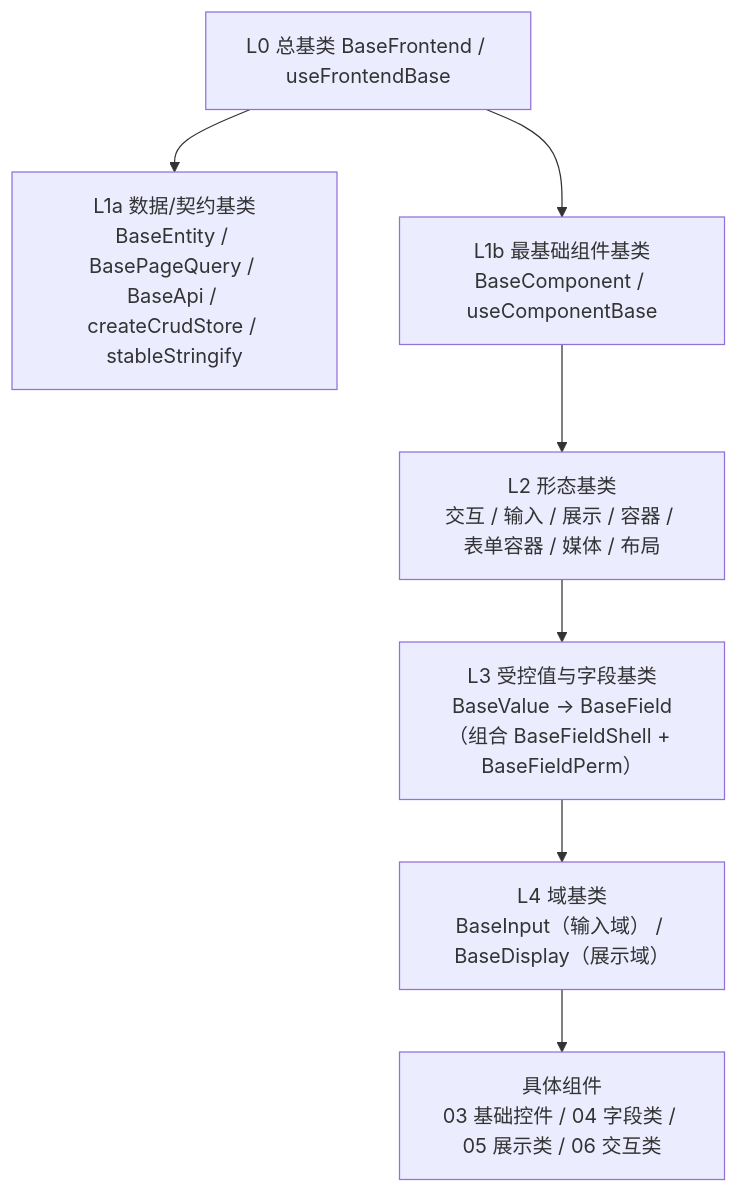
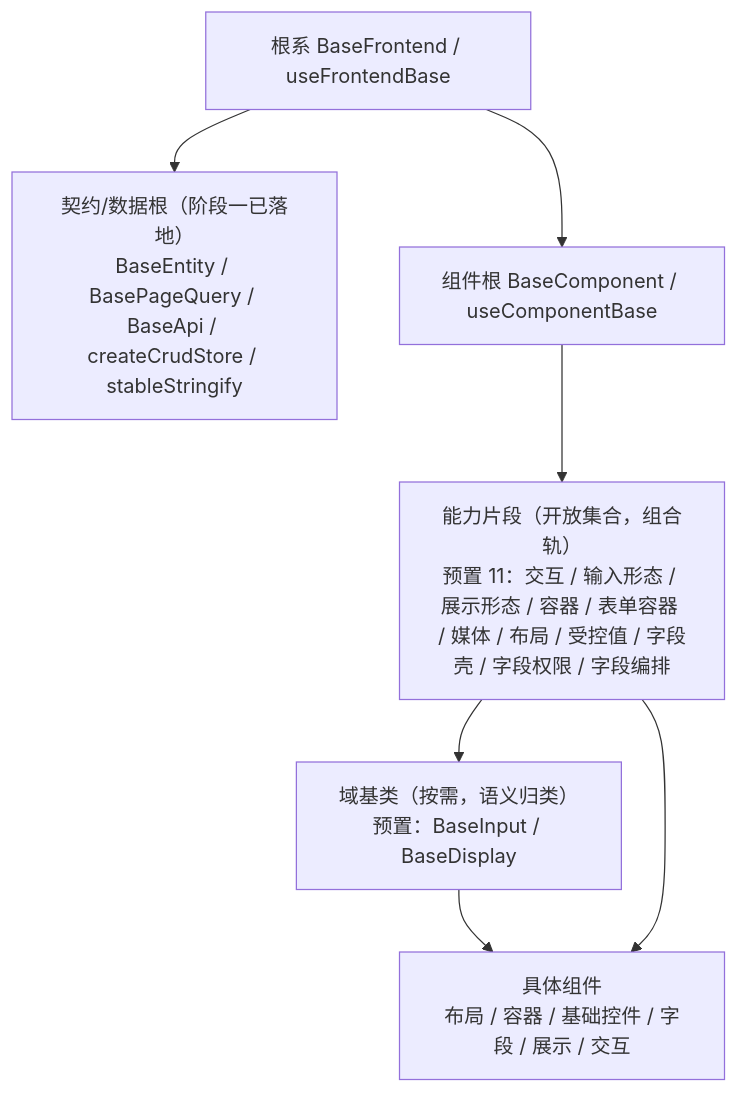
Before and after one commit to minjian123/basic-management-system: the diagram in bms文档/前端基类清单.md, drawn with Mermaid. The commit also changed other lines of this file and 181 other files, not shown here.

Commit message:
docs(组件库): 前端基类体系改开放式（根系/组件根/能力片段/域基类）+ 组件设计节点重排与全量同步

````diff
--- a/bms文档/前端基类清单.md
+++ b/bms文档/前端基类清单.md
@@ -16,16 +16,15 @@
 ```mermaid
 flowchart TD
-    L0["L0 总基类 BaseFrontend / useFrontendBase"]
-    L1A["L1a 数据/契约基类<br/>BaseEntity / BasePageQuery / BaseApi / createCrudStore / stableStringify"]
-    L1B["L1b 最基础组件基类<br/>BaseComponent / useComponentBase"]
-    L2["L2 形态基类<br/>交互 / 输入 / 展示 / 容器 / 表单容器 / 媒体 / 布局"]
-    L3["L3 受控值与字段基类<br/>BaseValue → BaseField（组合 BaseFieldShell + BaseFieldPerm）"]
-    L4["L4 域基类<br/>BaseInput（输入域） / BaseDisplay（展示域）"]
-    L5["具体组件<br/>03 基础控件 / 04 字段类 / 05 展示类 / 06 交互类"]
-    L0 --> L1A
-    L0 --> L1B
-    L1B --> L2
-    L2 --> L3
-    L3 --> L4
-    L4 --> L5
+    ROOT["根系 BaseFrontend / useFrontendBase"]
+    DATA["契约/数据根（阶段一已落地）<br/>BaseEntity / BasePageQuery / BaseApi / createCrudStore / stableStringify"]
+    COMP["组件根 BaseComponent / useComponentBase"]
+    CAP["能力片段（开放集合，组合轨）<br/>预置 11：交互 / 输入形态 / 展示形态 / 容器 / 表单容器 / 媒体 / 布局 / 受控值 / 字段壳 / 字段权限 / 字段编排"]
+    DOM["域基类（按需，语义归类）<br/>预置：BaseInput / BaseDisplay"]
+    C["具体组件<br/>布局 / 容器 / 基础控件 / 字段 / 展示 / 交互"]
+    ROOT --> DATA
+    ROOT --> COMP
+    COMP --> CAP
+    CAP --> DOM
+    DOM --> C
+    CAP --> C
 ```
````
